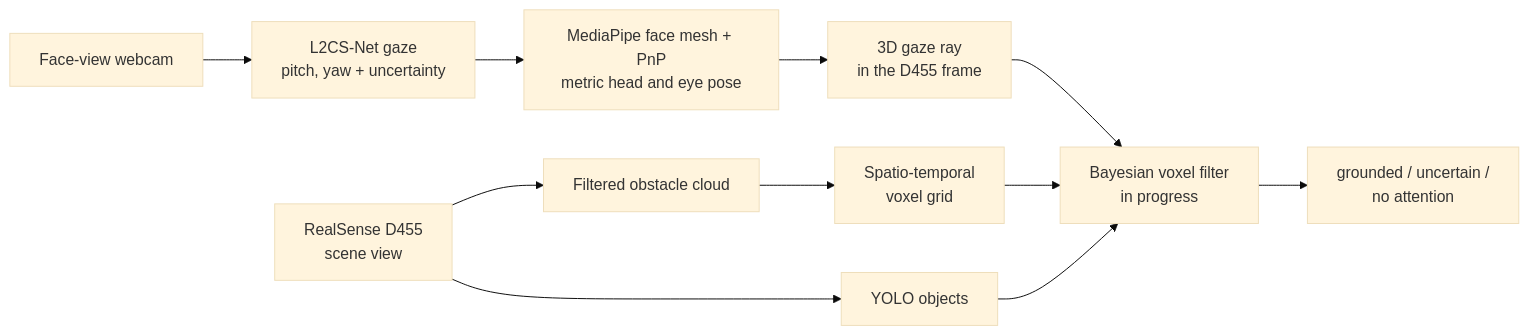
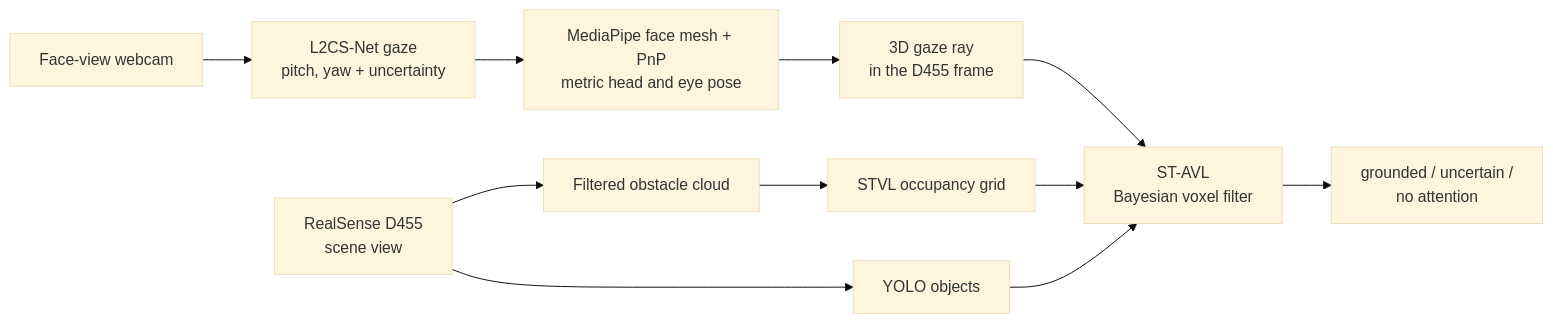
One commit to dunyanong/dunyanong.github.io changed the first of 3 diagrams in _posts/2026-07-27-st-avl-gaze-grounding.md. Above: the diagram before and after it, drawn with Mermaid (base theme). The commit also changed other lines of this file and 7 other files, not shown here.

````diff
--- a/_posts/2026-07-27-st-avl-gaze-grounding.md
+++ b/_posts/2026-07-27-st-avl-gaze-grounding.md
@@ -16,13 +105,13 @@
 ```mermaid
 flowchart LR
   W[Face-view webcam] --> L[L2CS-Net gaze<br/>pitch, yaw + uncertainty]
   L --> F[MediaPipe face mesh + PnP<br/>metric head and eye pose]
   F --> R[3D gaze ray<br/>in the D455 frame]
   D[RealSense D455<br/>scene view] --> Y[YOLO objects]
   D --> O[Filtered obstacle cloud]
-  O --> V[Spatio-temporal<br/>voxel grid]
-  R --> B[Bayesian voxel filter<br/>in progress]
+  O --> V[STVL occupancy grid]
+  R --> B[ST-AVL<br/>Bayesian voxel filter]
   V --> B
   Y --> B
   B --> G[grounded / uncertain /<br/>no attention]
 ```
````
